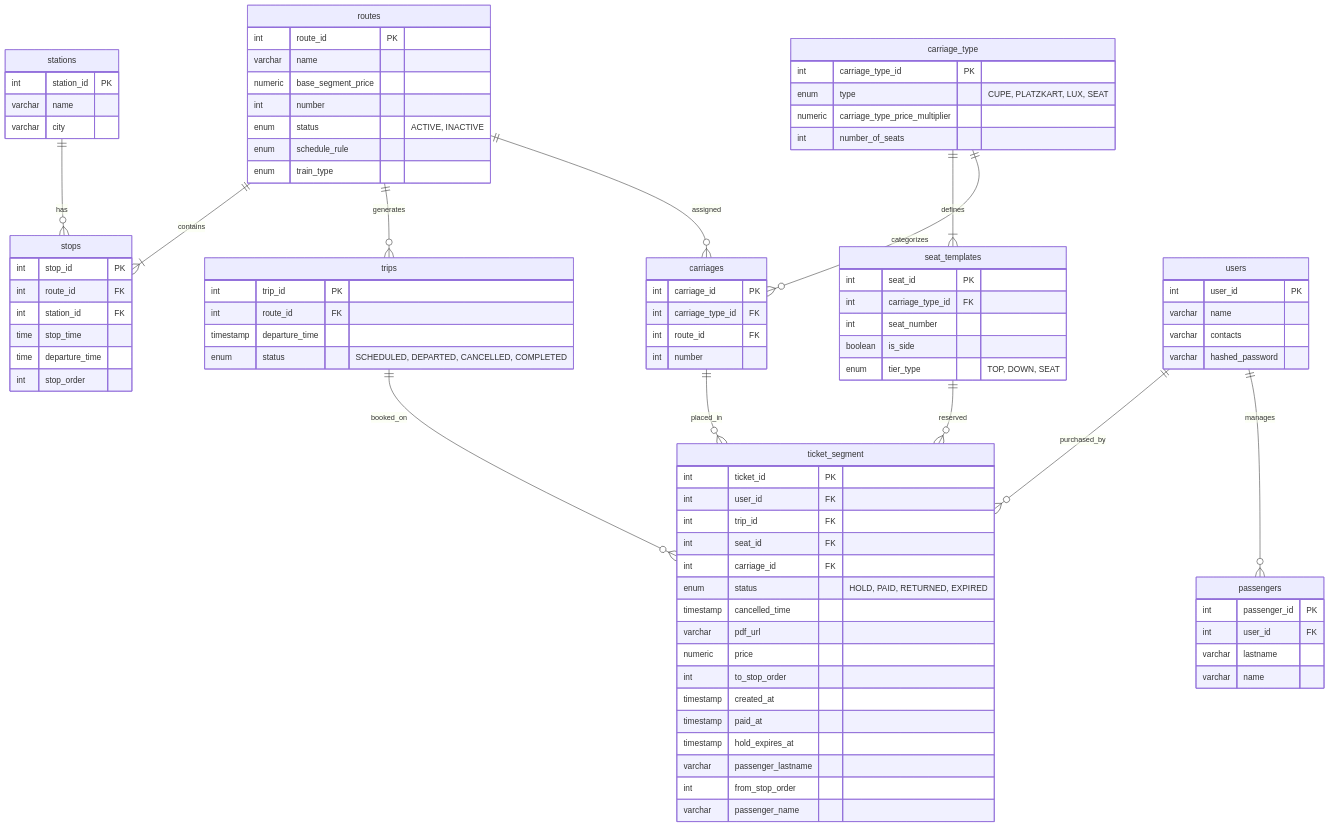
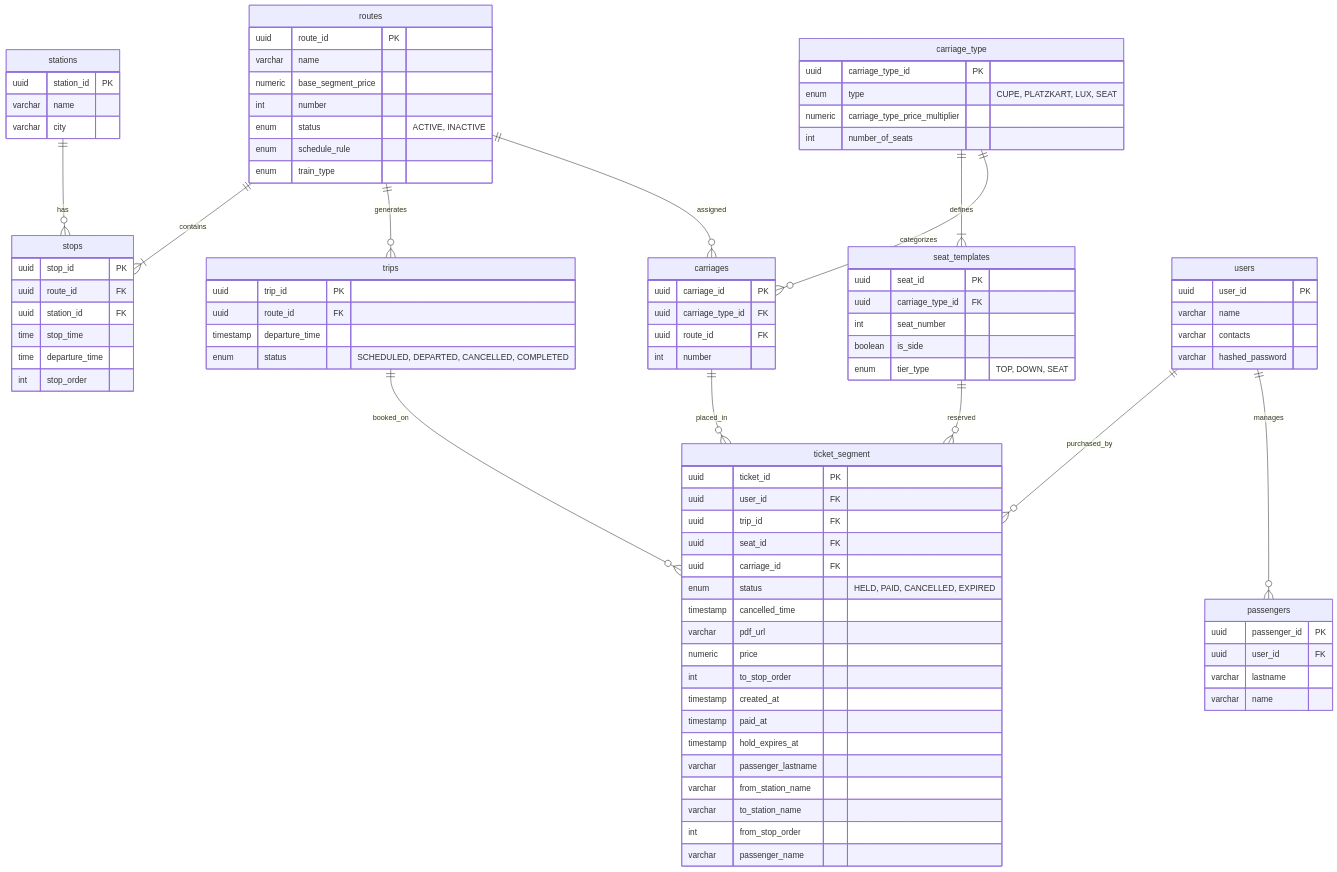
One commit to gun-flud/EasyRail-API changed the diagram in docs/model.mmd. Above: the diagram before and after it, drawn with Mermaid. The commit also changed 4 other files, not shown here.

```diff
--- a/docs/model.mmd
+++ b/docs/model.mmd
@@ -1,99 +1,101 @@
 erDiagram
     stations ||--o{ stops : "has"
     routes ||--|{ stops : "contains"
     routes ||--o{ trips : "generates"
     routes ||--o{ carriages : "assigned"
     carriage_type ||--|{ seat_templates : "defines"
     carriage_type ||--o{ carriages : "categorizes"
     seat_templates ||--o{ ticket_segment : "reserved"
     carriages ||--o{ ticket_segment : "placed_in"
     trips ||--o{ ticket_segment : "booked_on"
     users ||--o{ ticket_segment : "purchased_by"
     users ||--o{ passengers : "manages"
 
     stations {
-        int station_id PK
+        uuid station_id PK
         varchar name
         varchar city
     }
 
     stops {
-        int stop_id PK
-        int route_id FK
-        int station_id FK
+        uuid stop_id PK
+        uuid route_id FK
+        uuid station_id FK
         time stop_time
         time departure_time
         int stop_order
     }
 
     routes {
-        int route_id PK
+        uuid route_id PK
         varchar name
         numeric base_segment_price
         int number
         enum status "ACTIVE, INACTIVE"
         enum schedule_rule
         enum train_type
     }
 
     carriage_type {
-        int carriage_type_id PK
+        uuid carriage_type_id PK
         enum type "CUPE, PLATZKART, LUX, SEAT"
         numeric carriage_type_price_multiplier
         int number_of_seats
     }
 
     seat_templates {
-        int seat_id PK
-        int carriage_type_id FK
+        uuid seat_id PK
+        uuid carriage_type_id FK
         int seat_number
         boolean is_side
         enum tier_type "TOP, DOWN, SEAT"
     }
 
     carriages {
-        int carriage_id PK
-        int carriage_type_id FK
-        int route_id FK
+        uuid carriage_id PK
+        uuid carriage_type_id FK
+        uuid route_id FK
         int number
     }
 
     trips {
-        int trip_id PK
-        int route_id FK
+        uuid trip_id PK
+        uuid route_id FK
         timestamp departure_time
         enum status "SCHEDULED, DEPARTED, CANCELLED, COMPLETED"
     }
 
     ticket_segment {
-        int ticket_id PK
-        int user_id FK
-        int trip_id FK
-        int seat_id FK
-        int carriage_id FK
-        enum status "HOLD, PAID, RETURNED, EXPIRED"
+        uuid ticket_id PK
+        uuid user_id FK
+        uuid trip_id FK
+        uuid seat_id FK
+        uuid carriage_id FK
+        enum status "HELD, PAID, CANCELLED, EXPIRED"
         timestamp cancelled_time
         varchar pdf_url
         numeric price
         int to_stop_order
         timestamp created_at
         timestamp paid_at
         timestamp hold_expires_at
         varchar passenger_lastname
+        varchar from_station_name
+        varchar to_station_name
         int from_stop_order
         varchar passenger_name
     }
 
     users {
-        int user_id PK
+        uuid user_id PK
         varchar name
         varchar contacts
         varchar hashed_password
     }
 
     passengers {
-        int passenger_id PK
-        int user_id FK
+        uuid passenger_id PK
+        uuid user_id FK
         varchar lastname
         varchar name
     }
```
